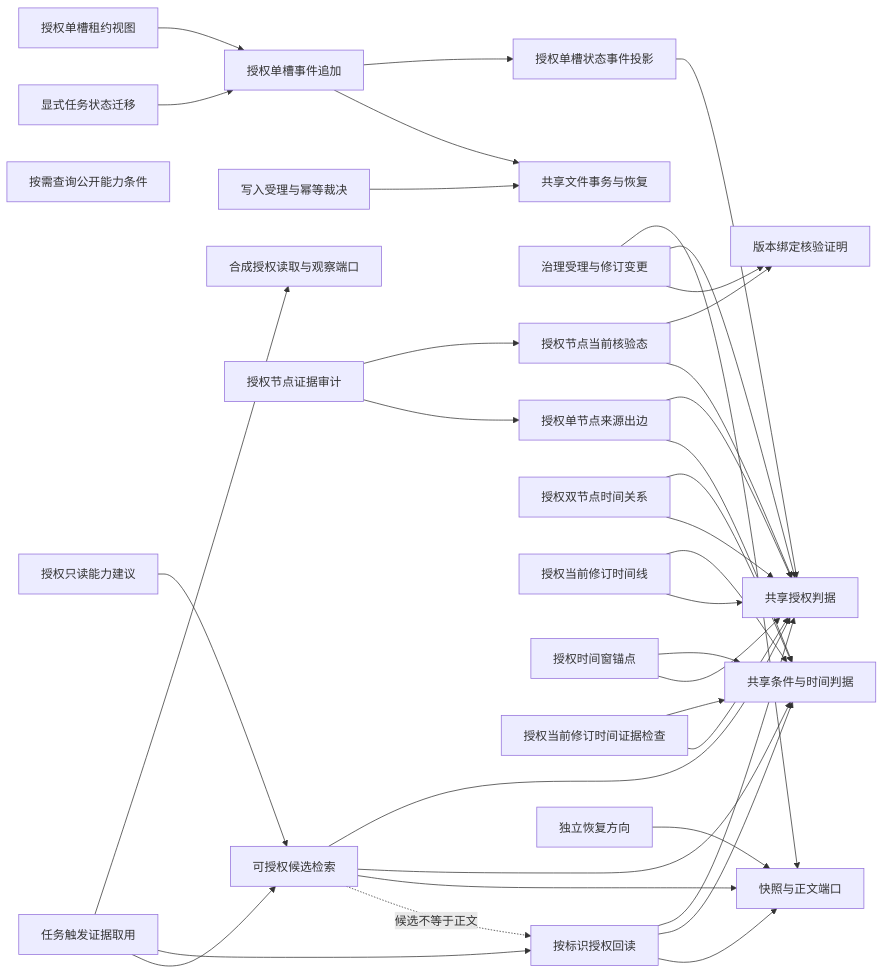
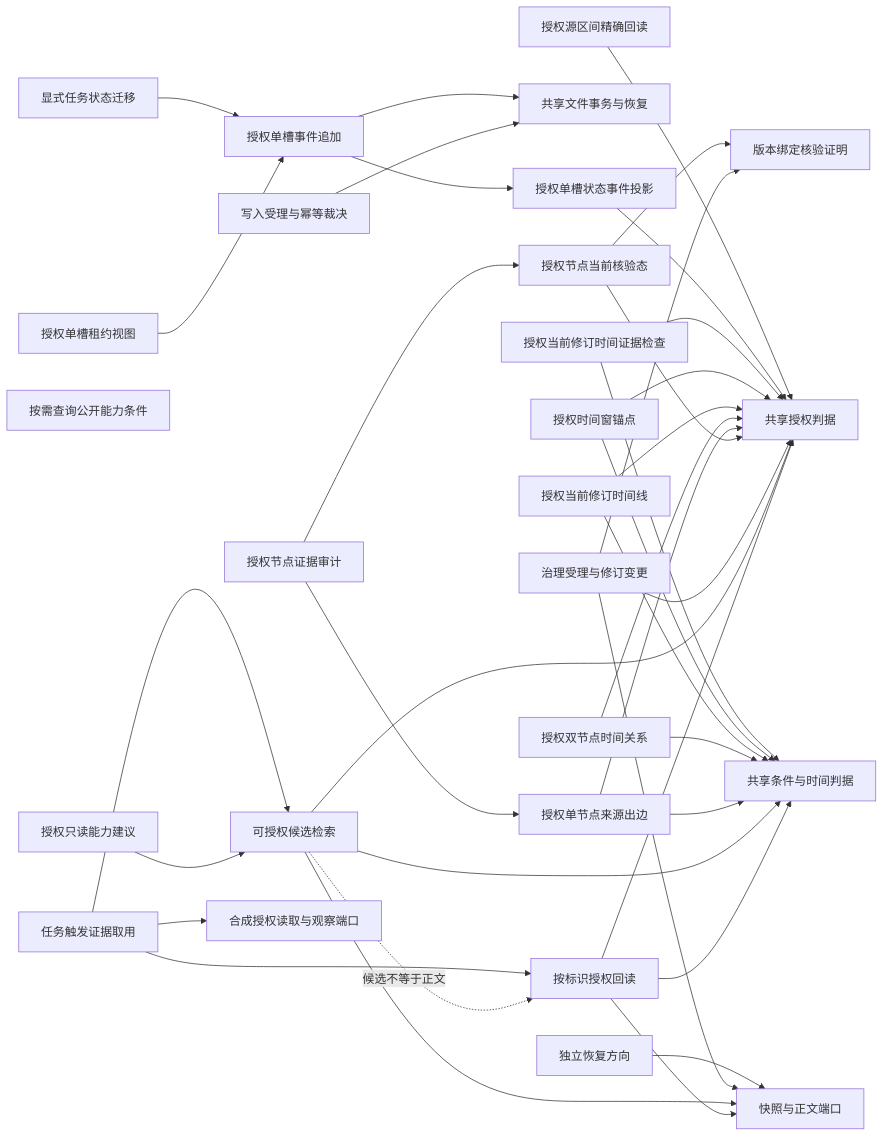
One commit to FuRongJun-1999/dsh-lingshu-memory changed the diagram in docs/CAPABILITY_GRAPH.md. Above: the diagram before and after it, drawn with Mermaid. The commit also changed other lines of this file and 11 other files, not shown here.

```diff
--- a/docs/CAPABILITY_GRAPH.md
+++ b/docs/CAPABILITY_GRAPH.md
@@ -5,39 +5,40 @@
 ~~~mermaid
 graph LR
   G[按标识授权回读] --> A[共享授权判据]
   G --> T[共享条件与时间判据]
   G --> S[快照与正文端口]
   Q[可授权候选检索] --> A
   Q --> T
   Q --> S
   Q -. 候选不等于正文 .-> G
   W[写入受理与幂等裁决] --> X[共享文件事务与恢复]
   R[治理受理与修订变更] --> S
   R --> A
   R --> V[版本绑定核验证明]
   K[授权节点当前核验态] --> V
   K --> A
   E[授权单节点来源出边] --> A
   E --> T
   Z[授权双节点时间关系] --> T
   Z --> A
   L[授权当前修订时间线] --> T
   L --> A
   WN[授权时间窗锚点] --> T
   WN --> A
   TC[授权当前修订时间证据检查] --> T
   TC --> A
   SC[授权单槽状态事件投影] --> A
   SE[授权单槽事件追加] --> SC
   SE --> X
   SL[授权单槽租约视图] --> SE
   EA[授权节点证据审计] --> K
   EA --> E
   RH[授权只读能力建议] --> Q
   HH[按需查询公开能力条件]
   TP[显式任务状态迁移] --> SE
+  RF[授权源区间精确回读] --> A
   P[独立恢复方向] --> S
   C[任务触发证据取用] --> O[合成授权读取与观察端口]
   C --> G
   C --> Q
 ~~~
```
